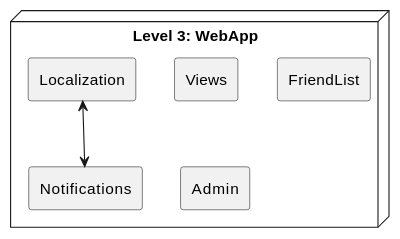
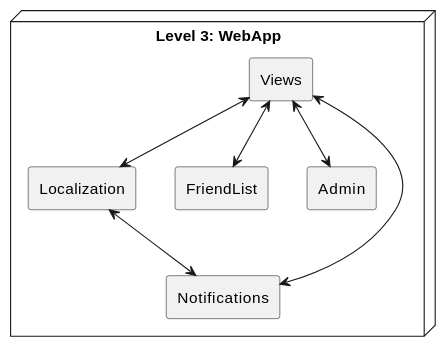
Before and after one commit to Arquisoft/radarin_es3b: the third of 3 diagrams in webapp/docs/05_building_block_view.adoc, drawn with PlantUML. The commit also changed other lines of this file, not shown here.

```diff
--- a/webapp/docs/05_building_block_view.adoc
+++ b/webapp/docs/05_building_block_view.adoc
@@ -67,13 +66,17 @@
 [plantuml, "block level 2", png]
 ----
 @startuml
 Node "Level 3: WebApp" as WebApp3 {
 rectangle "Localization"
 rectangle "Views"
 rectangle "FriendList"
 rectangle "Admin"
 rectangle "Notifications"
 }
 Localization <--> Notifications
+Views <--> Localization
+Views <--> FriendList
+Views <--> Admin
+Views <--> Notifications
 @enduml
 ----
```
